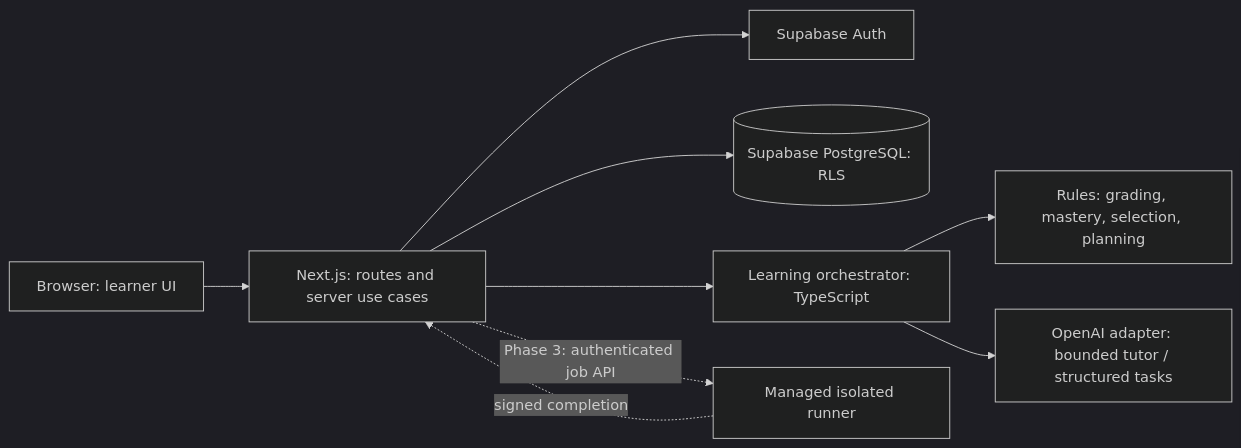
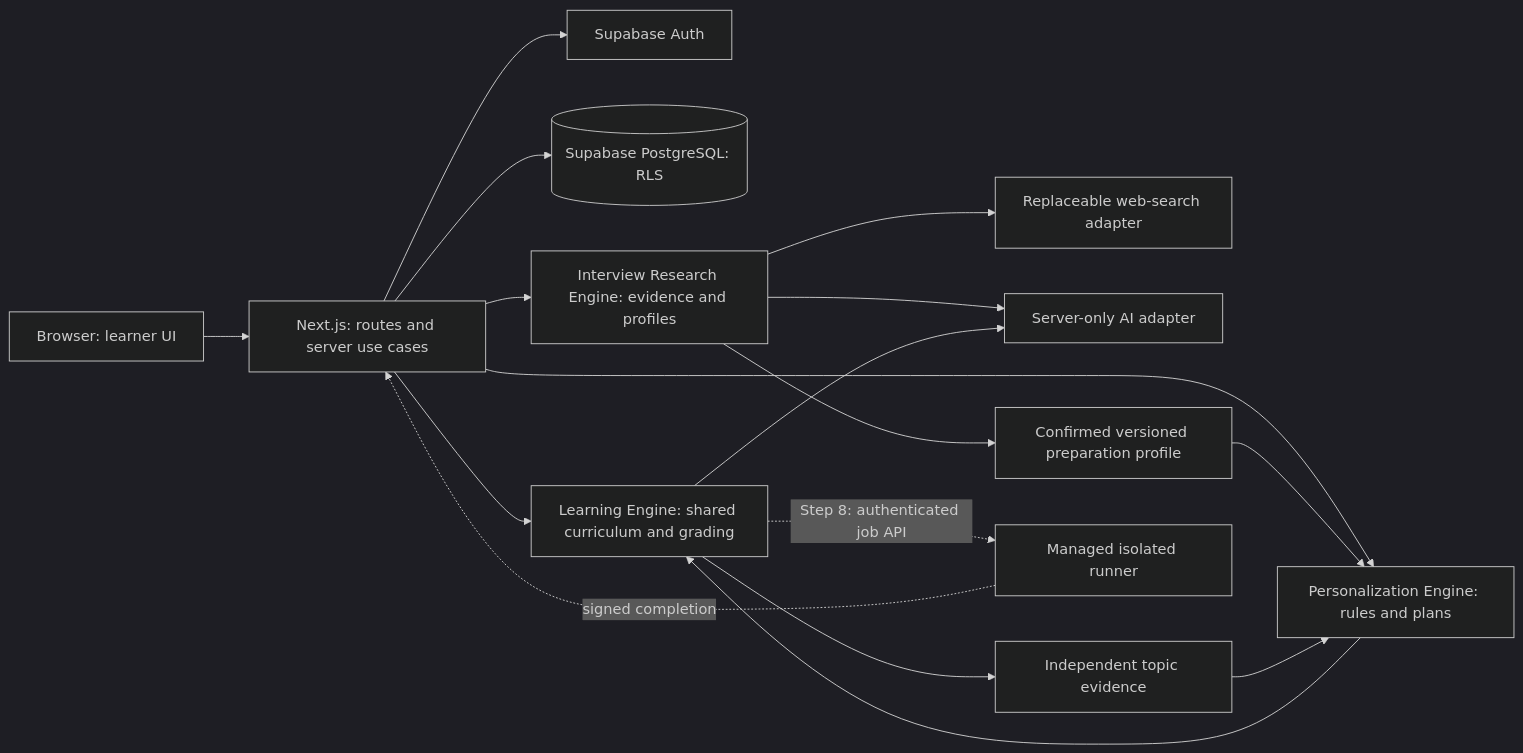
Before and after one commit to averiweninger/technical-interview-study-app: the diagram in ARCHITECTURE.md, drawn with Mermaid (dark theme). The commit also changed other lines of this file and 4 other files, not shown here.

Commit message:
docs: prepare architecture for AI interview personalization

````diff
--- a/ARCHITECTURE.md
+++ b/ARCHITECTURE.md
@@ -13,11 +13,19 @@
 ```mermaid
 flowchart LR
     B[Browser: learner UI] --> N[Next.js: routes and server use cases]
     N --> A[Supabase Auth]
     N --> D[(Supabase PostgreSQL: RLS)]
-    N --> L[Learning orchestrator: TypeScript]
-    L --> R[Rules: grading, mastery, selection, planning]
-    L --> O[OpenAI adapter: bounded tutor / structured tasks]
-    N -. Phase 3: authenticated job API .-> X[Managed isolated runner]
+    N --> L[Learning Engine: shared curriculum and grading]
+    N --> I[Interview Research Engine: evidence and profiles]
+    N --> P[Personalization Engine: rules and plans]
+    I --> S[Replaceable web-search adapter]
+    I --> O[Server-only AI adapter]
+    L --> O
+    I --> F[Confirmed versioned preparation profile]
+    F --> P
+    L --> E[Independent topic evidence]
+    E --> P
+    P --> L
+    L -. Step 8: authenticated job API .-> X[Managed isolated runner]
     X -. signed completion .-> N
 ```
````
